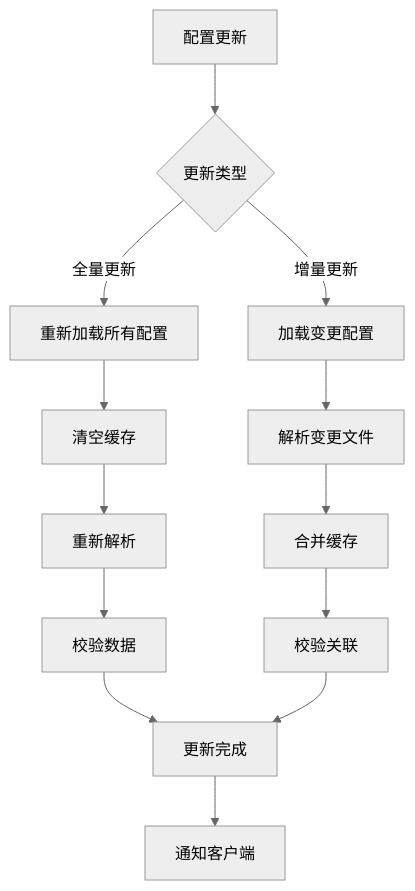
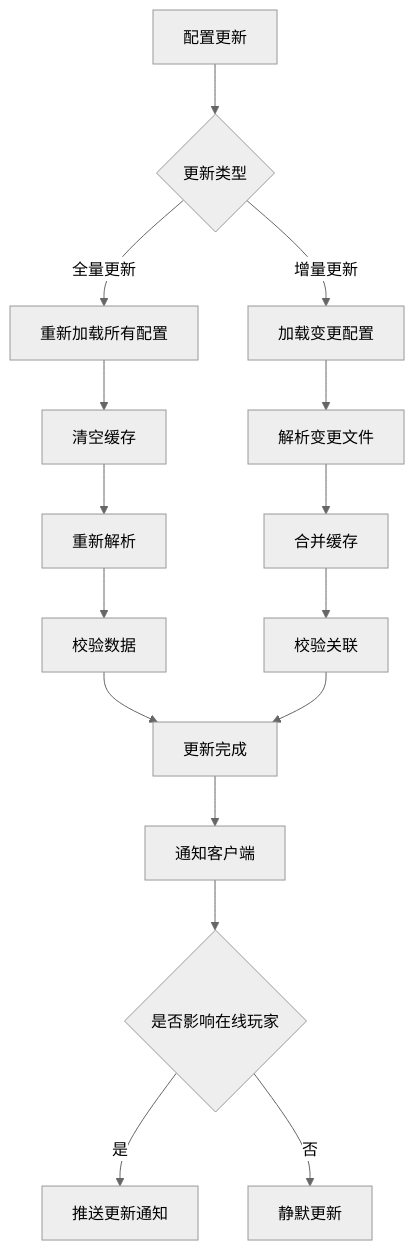
One commit to Alan-Ben/k2c_game_framework changed the fourth of 7 diagrams in docs/Module_Museum/01_数据配表.md. Above: the diagram before and after it, drawn with Mermaid (neutral theme). The commit also changed other lines of this file and 5 other files, not shown here.

````diff
--- a/docs/Module_Museum/01_数据配表.md
+++ b/docs/Module_Museum/01_数据配表.md
@@ -425,19 +685,22 @@
 ```mermaid
 flowchart TD
     A[配置更新] --> B{更新类型}
     B -->|全量更新| C[重新加载所有配置]
     B -->|增量更新| D[加载变更配置]
-    
+
     C --> E[清空缓存]
     E --> F[重新解析]
     F --> G[校验数据]
-    
+
     D --> H[解析变更文件]
     H --> I[合并缓存]
     I --> J[校验关联]
-    
+
     G --> K[更新完成]
     J --> K
-    
+
     K --> L[通知客户端]
+    L --> M{是否影响在线玩家}
+    M -->|是| N[推送更新通知]
+    M -->|否| O[静默更新]
 ```
````
